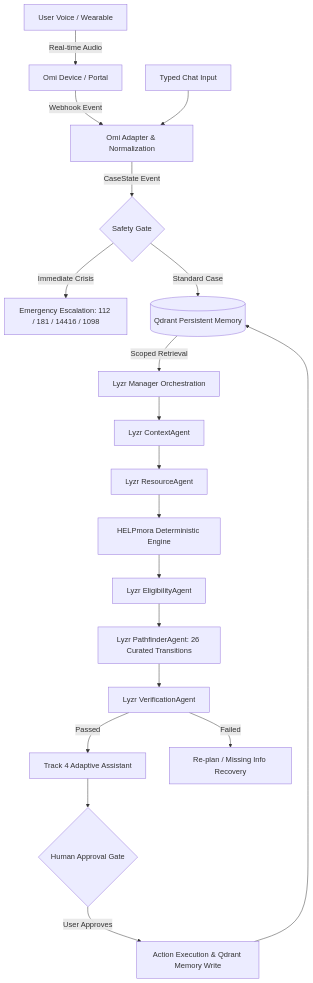
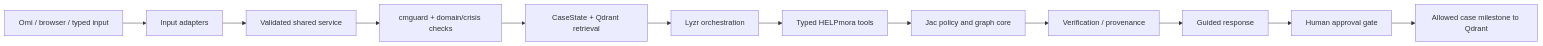
One commit to D1SH4NT121/helpmora changed the diagram in docs/architecture.md. Above: the diagram before and after it, drawn with Mermaid. The commit also changed other lines of this file and 28 other files, not shown here.

Commit message:
docs: integrate comprehensive README with diagrams, assets, and submission guide

````diff
--- a/docs/architecture.md
+++ b/docs/architecture.md
@@ -16,21 +21,14 @@
 ```mermaid
-graph TD
-    A[User Voice / Wearable] -->|Real-time Audio| B[Omi Device / Portal]
-    B -->|Webhook Event| C[Omi Adapter & Normalization]
-    D[Typed Chat Input] --> C
-    C -->|CaseState Event| E{Safety Gate}
-    E -->|Immediate Crisis| F[Emergency Escalation: 112 / 181 / 14416 / 1098]
-    E -->|Standard Case| G[(Qdrant Persistent Memory)]
-    G -->|Scoped Retrieval| H[Lyzr Manager Orchestration]
-    H --> I[Lyzr ContextAgent]
-    I --> J[Lyzr ResourceAgent]
-    J --> K[HELPmora Deterministic Engine]
-    K --> L[Lyzr EligibilityAgent]
-    L --> M[Lyzr PathfinderAgent: 26 Curated Transitions]
-    M --> N[Lyzr VerificationAgent]
-    N -->|Passed| O[Track 4 Adaptive Assistant]
-    N -->|Failed| P[Re-plan / Missing Info Recovery]
-    O --> Q{Human Approval Gate}
-    Q -->|User Approves| R[Action Execution & Qdrant Memory Write]
-    R --> G
+flowchart LR
+    INPUT[Omi / browser / typed input] --> ADAPTER[Input adapters]
+    ADAPTER --> API[Validated shared service]
+    API --> GUARD[cmguard + domain/crisis checks]
+    GUARD --> CONTEXT[CaseState + Qdrant retrieval]
+    CONTEXT --> ORCH[Lyzr orchestration]
+    ORCH --> TOOLS[Typed HELPmora tools]
+    TOOLS --> JAC[Jac policy and graph core]
+    JAC --> VERIFY[Verification / provenance]
+    VERIFY --> DELIVERY[Guided response]
+    DELIVERY --> APPROVAL[Human approval gate]
+    APPROVAL --> MEMORY[Allowed case milestone to Qdrant]
 ```
````
